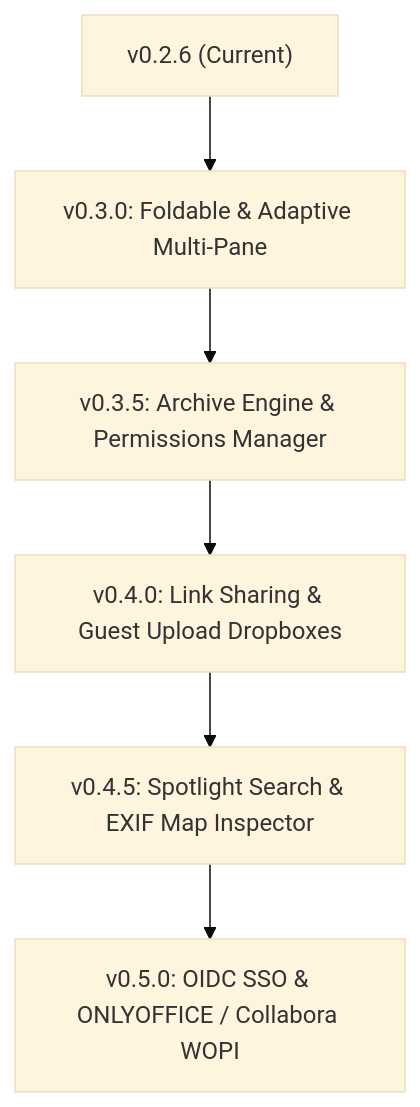
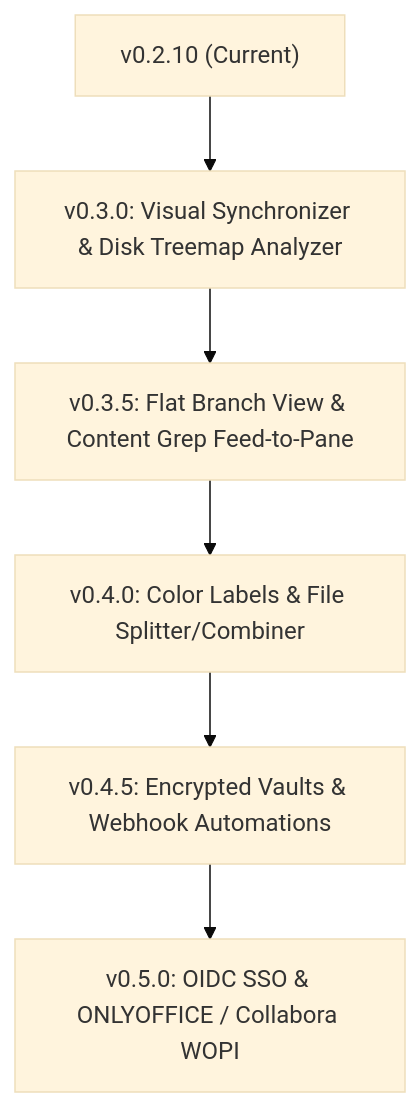
One commit to Woofson/commanderdog changed the diagram in ROADMAP.md. Above: the diagram before and after it, drawn with Mermaid (base theme). The commit also changed other lines of this file and 11 other files, not shown here.

Commit message:
Release v0.2.11: Two-Way Visual Synchronizer, Disk Usage Analyzer, Foldable UI Diff Overhaul, getBasename bugfix

````diff
--- a/ROADMAP.md
+++ b/ROADMAP.md
@@ -64,8 +71,8 @@
 ```mermaid
 graph TD
-    A["v0.2.6 (Current)"] --> B["v0.3.0: Foldable & Adaptive Multi-Pane"]
-    B --> C["v0.3.5: Archive Engine & Permissions Manager"]
-    C --> D["v0.4.0: Link Sharing & Guest Upload Dropboxes"]
-    D --> E["v0.4.5: Spotlight Search & EXIF Map Inspector"]
+    A["v0.2.10 (Current)"] --> B["v0.3.0: Visual Synchronizer & Disk Treemap Analyzer"]
+    B --> C["v0.3.5: Flat Branch View & Content Grep Feed-to-Pane"]
+    C --> D["v0.4.0: Color Labels & File Splitter/Combiner"]
+    D --> E["v0.4.5: Encrypted Vaults & Webhook Automations"]
     E --> F["v0.5.0: OIDC SSO & ONLYOFFICE / Collabora WOPI"]
 ```
````
